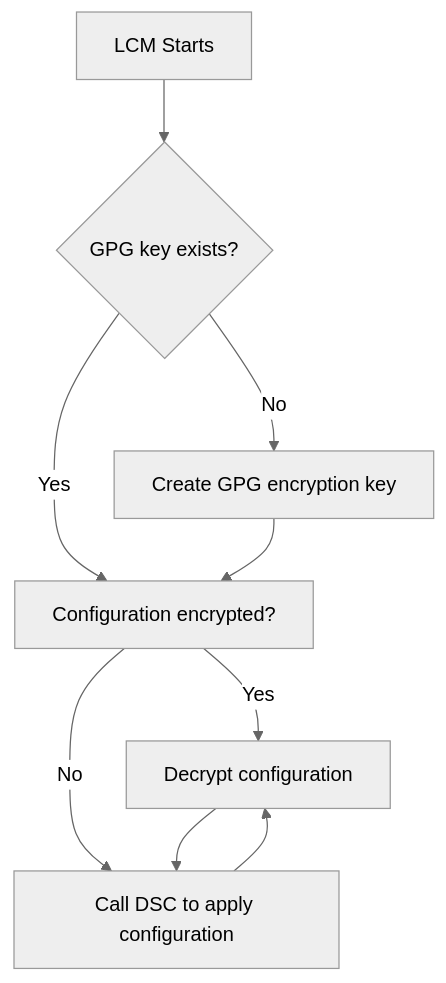
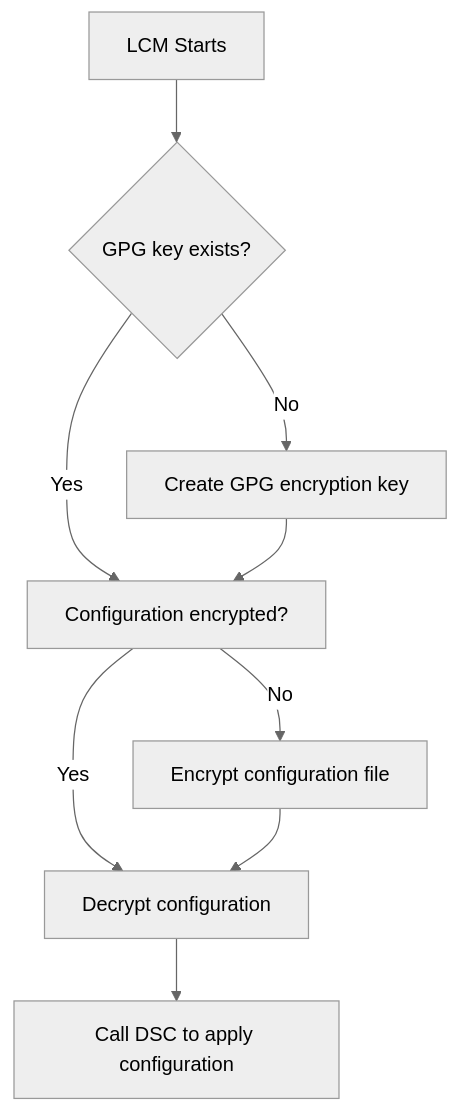
One commit to opendsc/opendsc changed the first of 3 diagrams in README.md. Above: the diagram before and after it, drawn with Mermaid (neutral theme).

````diff
--- a/README.md
+++ b/README.md
@@ -23,11 +23,11 @@
 ```mermaid
 flowchart TD
     A[LCM Starts] --> B{GPG key exists?}
     B -->|Yes| C[Configuration encrypted?]
     B -->|No| D[Create GPG encryption key]
     D --> C
     C -->|Yes| E[Decrypt configuration]
     C -->|No| F[Encrypt configuration file]
     F --> E
-    E --> F[Call DSC to apply configuration]
+    E --> G[Call DSC to apply configuration]
 ```
````
